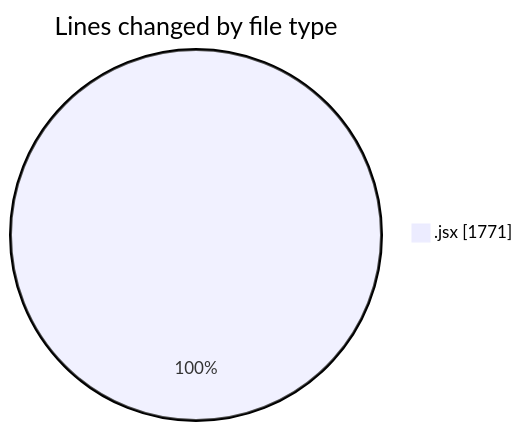
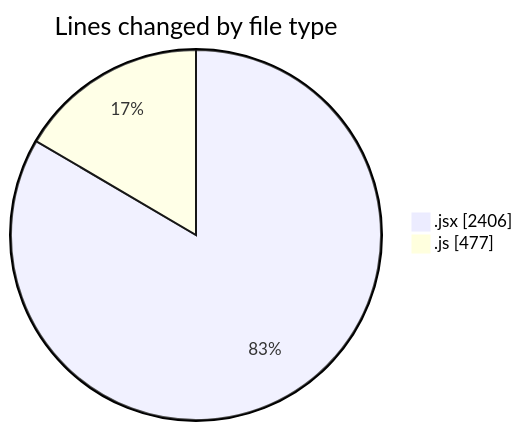
One commit to nxtqubesakshisongat/code-tracking changed the first of 2 diagrams in 2026-01-20/nxtqube_webapp/README.md. Above: the diagram before and after it, drawn with Mermaid. The commit also changed other lines of this file and 1 other file, not shown here.

````diff
--- a/2026-01-20/nxtqube_webapp/README.md
+++ b/2026-01-20/nxtqube_webapp/README.md
@@ -20,5 +22,6 @@
 ```mermaid
 pie showData
 title Lines changed by file type
-".jsx" : 1771
+".jsx" : 2406
+".js" : 477
 ```
````
